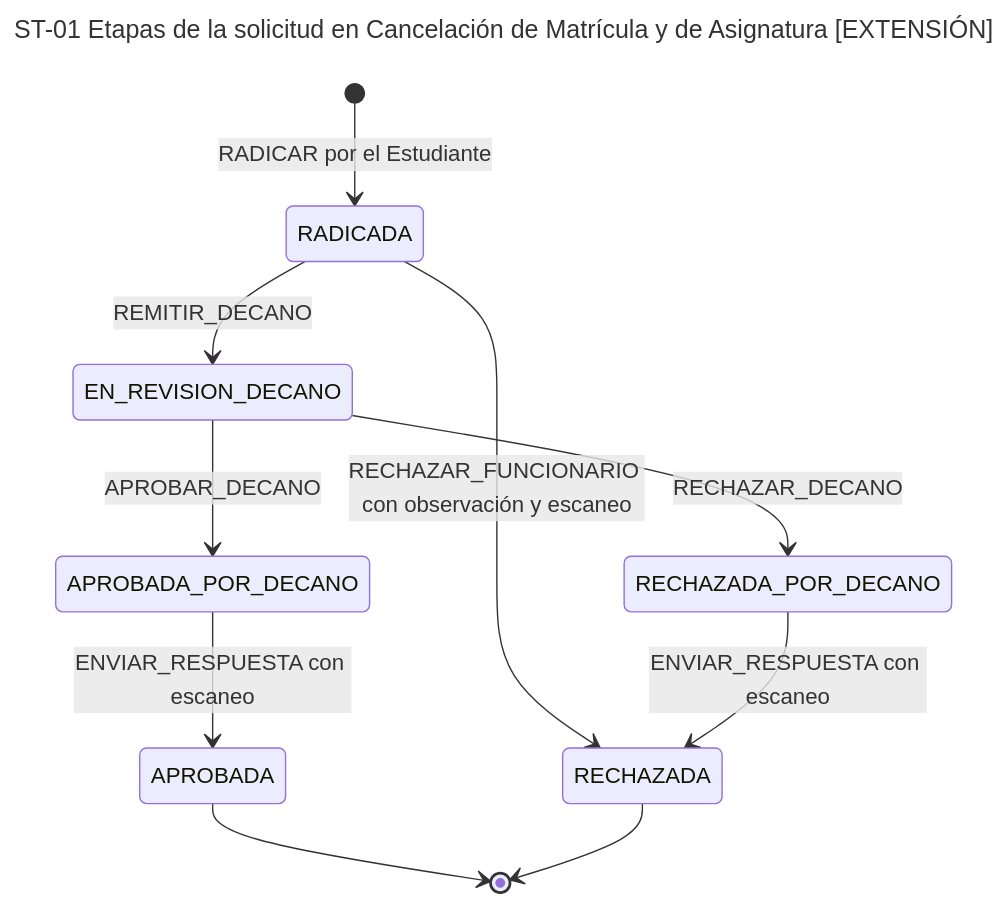
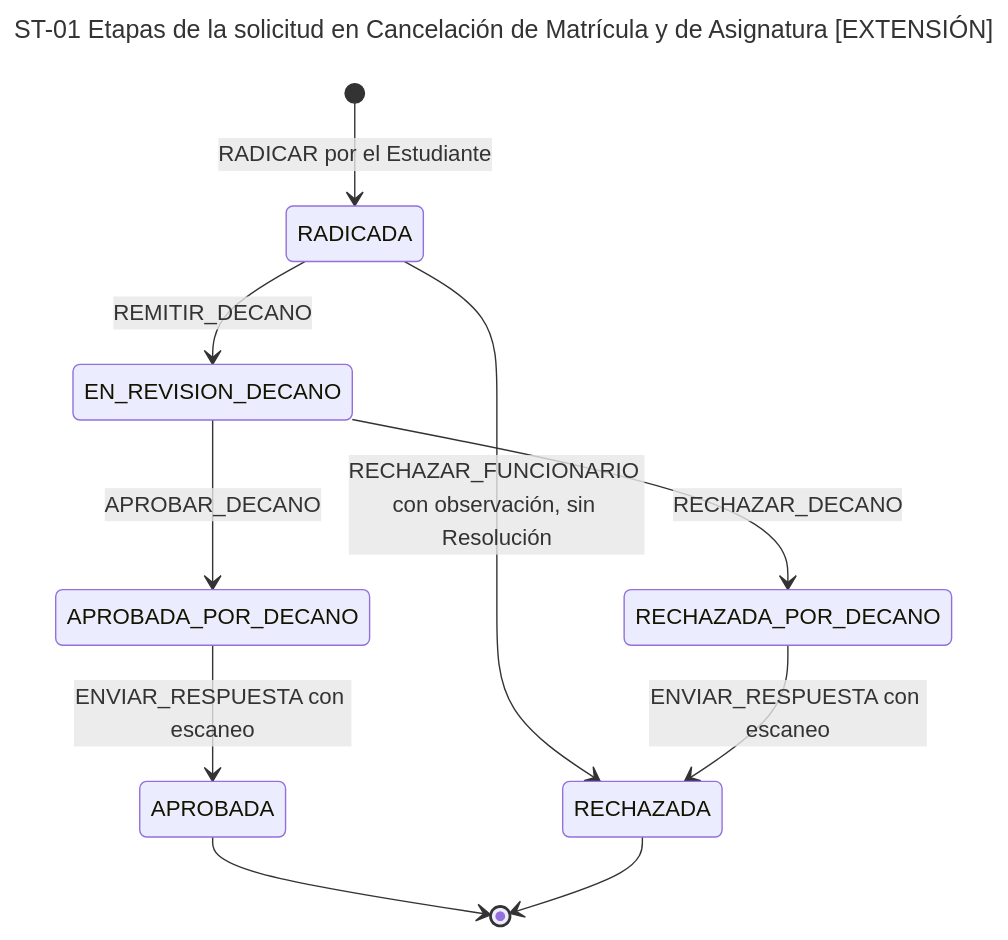
Diagram 36 of 42 in docs/analisis/13-diagramas-fuente.md (CamiloBonilla1226/Gestion-Procesos-Academicos-FIET), drawn with Mermaid before and after one commit. The commit also changed other lines of this file and 105 other files, not shown here.

````diff
--- a/docs/analisis/13-diagramas-fuente.md
+++ b/docs/analisis/13-diagramas-fuente.md
@@ -2242,15 +2249,15 @@
 ```mermaid
 ---
 title: ST-01 Etapas de la solicitud en Cancelación de Matrícula y de Asignatura [EXTENSIÓN]
 ---
 stateDiagram-v2
     [*] --> RADICADA : RADICAR por el Estudiante
-    RADICADA --> RECHAZADA : RECHAZAR_FUNCIONARIO con observación y escaneo
+    RADICADA --> RECHAZADA : RECHAZAR_FUNCIONARIO con observación, sin Resolución
     RADICADA --> EN_REVISION_DECANO : REMITIR_DECANO
     EN_REVISION_DECANO --> APROBADA_POR_DECANO : APROBAR_DECANO
     EN_REVISION_DECANO --> RECHAZADA_POR_DECANO : RECHAZAR_DECANO
     APROBADA_POR_DECANO --> APROBADA : ENVIAR_RESPUESTA con escaneo
     RECHAZADA_POR_DECANO --> RECHAZADA : ENVIAR_RESPUESTA con escaneo
     APROBADA --> [*]
     RECHAZADA --> [*]
 ```
````
